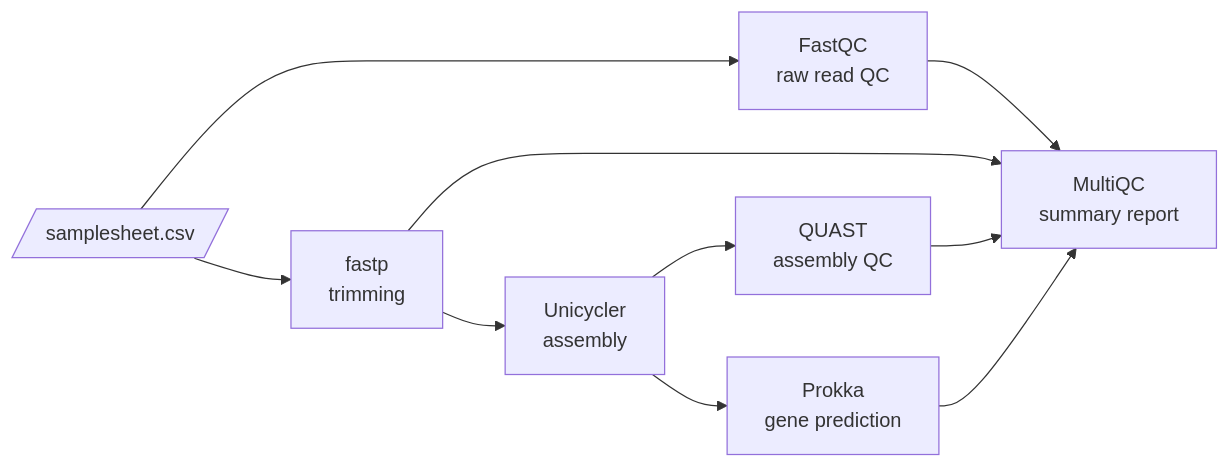
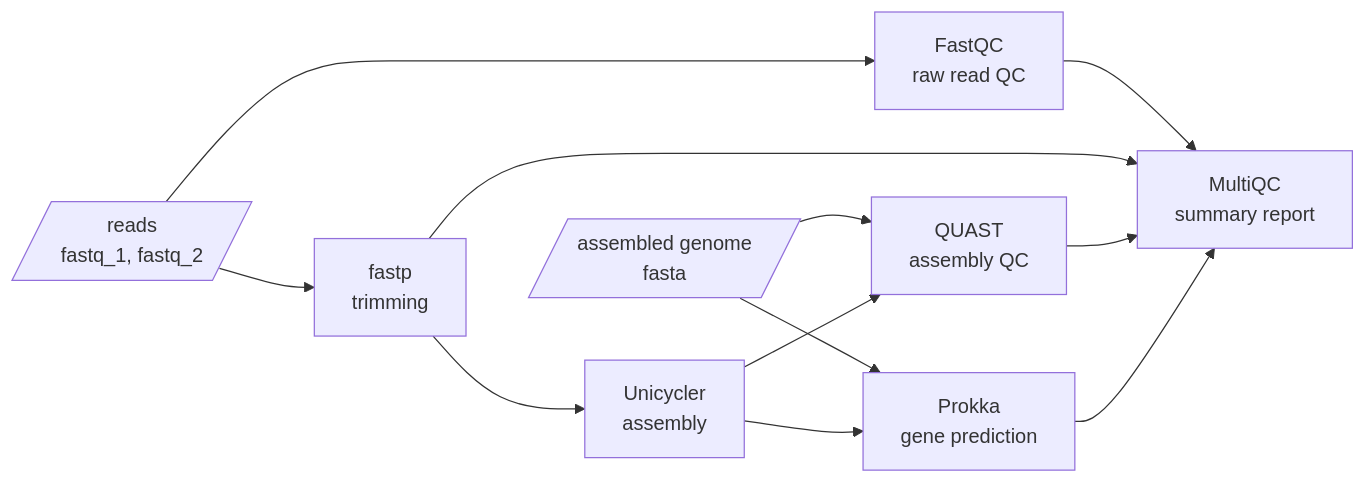
The diagram in README.md (gigabiome/AMRBench_QC), drawn with Mermaid before and after one commit. The commit also changed other lines of this file and 9 other files, not shown here.

````diff
--- a/README.md
+++ b/README.md
@@ -35,12 +38,14 @@
 ```mermaid
 flowchart LR
-    A[/samplesheet.csv/] --> B[FastQC<br>raw read QC]
+    A[/reads<br>fastq_1, fastq_2/] --> B[FastQC<br>raw read QC]
     A --> C[fastp<br>trimming]
     C --> D[Unicycler<br>assembly]
+    H[/assembled genome<br>fasta/] --> E
+    H --> F
     D --> E[QUAST<br>assembly QC]
     D --> F[Prokka<br>gene prediction]
     B --> G[MultiQC<br>summary report]
     C --> G
     E --> G
     F --> G
 ```
````
